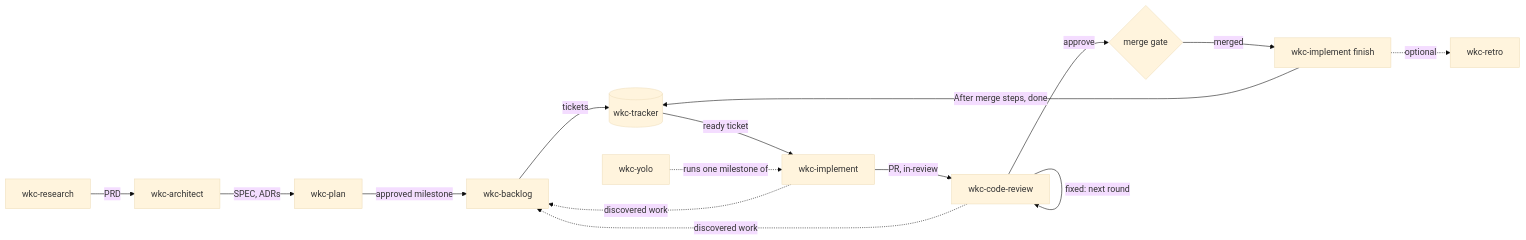
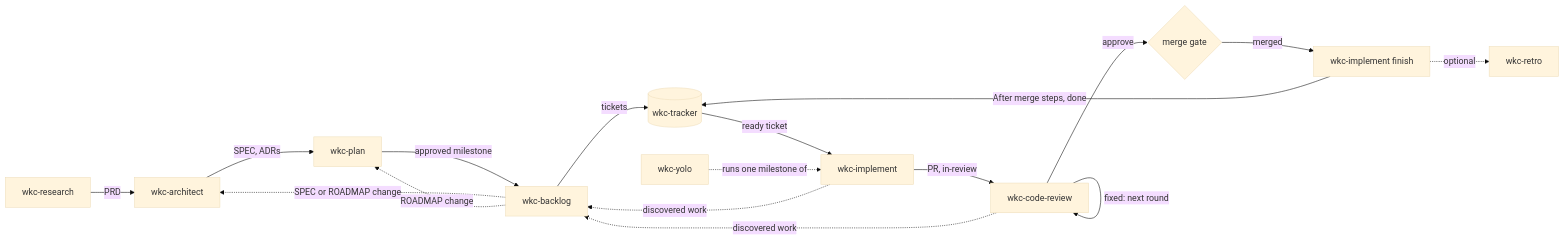
Before and after one commit to wilsonkichoi/skills: the diagram in docs/dev-agents/SPEC.md, drawn with Mermaid (base theme). The commit also changed other lines of this file and 3 other files, not shown here.

First line of the commit message:
docs: delegated run authority for wkc-yolo (PRD, SPEC, ROADMAP, ADR-006) (#75)

````diff
--- a/docs/dev-agents/SPEC.md
+++ b/docs/dev-agents/SPEC.md
@@ -17,17 +23,19 @@
 ```mermaid
 graph LR
   R[wkc-research] -->|PRD| A[wkc-architect]
   A -->|SPEC, ADRs| P[wkc-plan]
   P -->|approved milestone| B[wkc-backlog]
   B -->|tickets| T[(wkc-tracker)]
   T -->|ready ticket| I[wkc-implement]
   I -->|PR, in-review| C[wkc-code-review]
   C -->|fixed: next round| C
   C -->|approve| M{merge gate}
   M -->|merged| I2[wkc-implement finish]
   I2 -->|After merge steps, done| T
   I -.->|discovered work| B
   C -.->|discovered work| B
   I2 -.->|optional| X[wkc-retro]
   Y[wkc-yolo] -.->|runs one milestone of| I
+  B -.->|SPEC or ROADMAP change| A
+  B -.->|ROADMAP change| P
 ```
````
